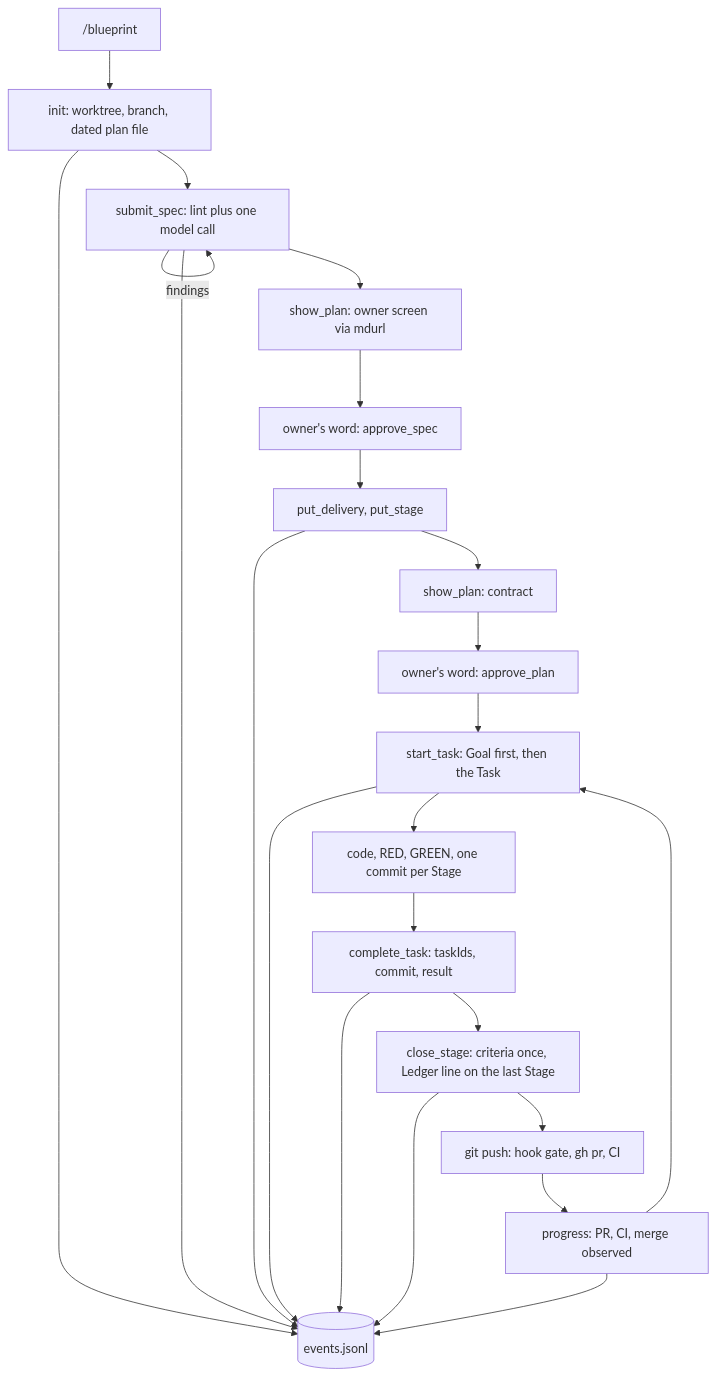
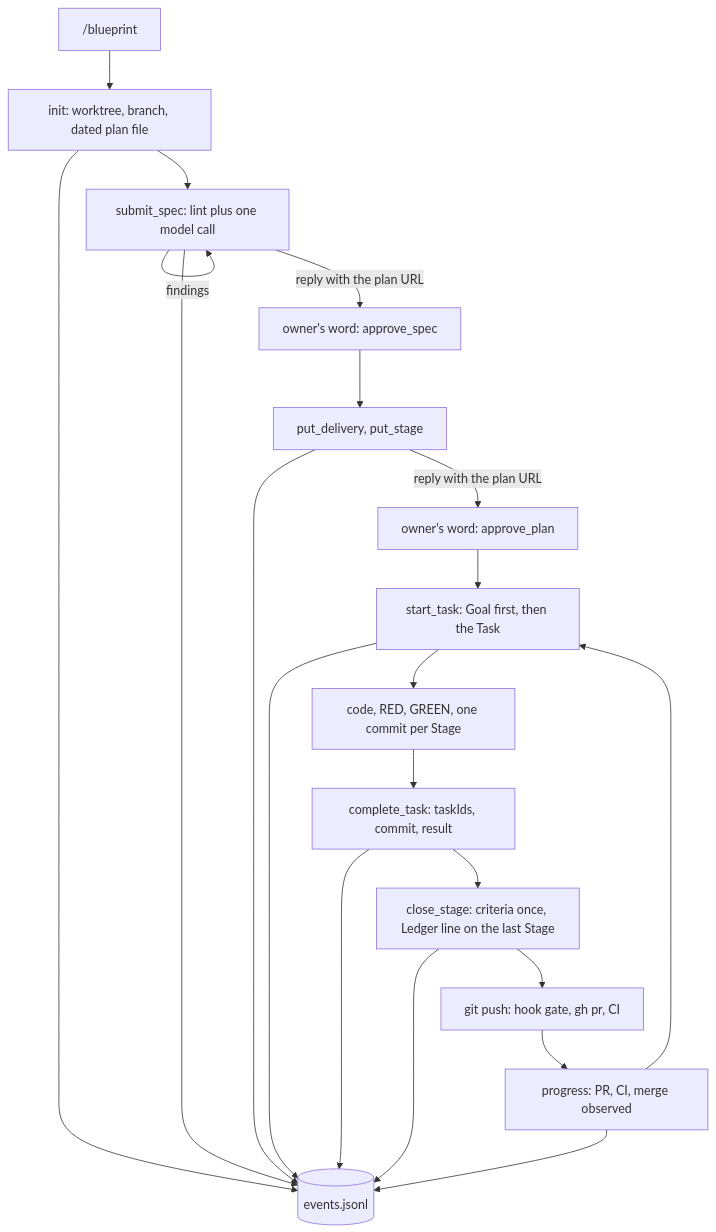
Before and after one commit to 0xmikko/0_agents: the diagram in docs/plans/planctl-mcp.md, drawn with Mermaid. The commit also changed other lines of this file, not shown here.

First line of the commit message:
plan(planctl-mcp): publish inside every writing tool, no show_plan

````diff
--- a/docs/plans/planctl-mcp.md
+++ b/docs/plans/planctl-mcp.md
@@ -29,19 +29,17 @@
 ```mermaid
 flowchart TD
   B["/blueprint"] --> I[init: worktree, branch, dated plan file]
   I --> S[submit_spec: lint plus one model call]
   S -->|findings| S
-  S --> V[show_plan: owner screen via mdurl]
-  V --> W1[owner's word: approve_spec]
+  S -->|reply with the plan URL| W1[owner's word: approve_spec]
   W1 --> P[put_delivery, put_stage]
-  P --> V2[show_plan: contract]
-  V2 --> W2[owner's word: approve_plan]
+  P -->|reply with the plan URL| W2[owner's word: approve_plan]
   W2 --> T[start_task: Goal first, then the Task]
   T --> C[code, RED, GREEN, one commit per Stage]
   C --> R[complete_task: taskIds, commit, result]
   R --> X[close_stage: criteria once, Ledger line on the last Stage]
   X --> G[git push: hook gate, gh pr, CI]
   G --> O[progress: PR, CI, merge observed]
   O --> T
   I & S & P & T & R & X & O --> L[(events.jsonl)]
 ```
````
